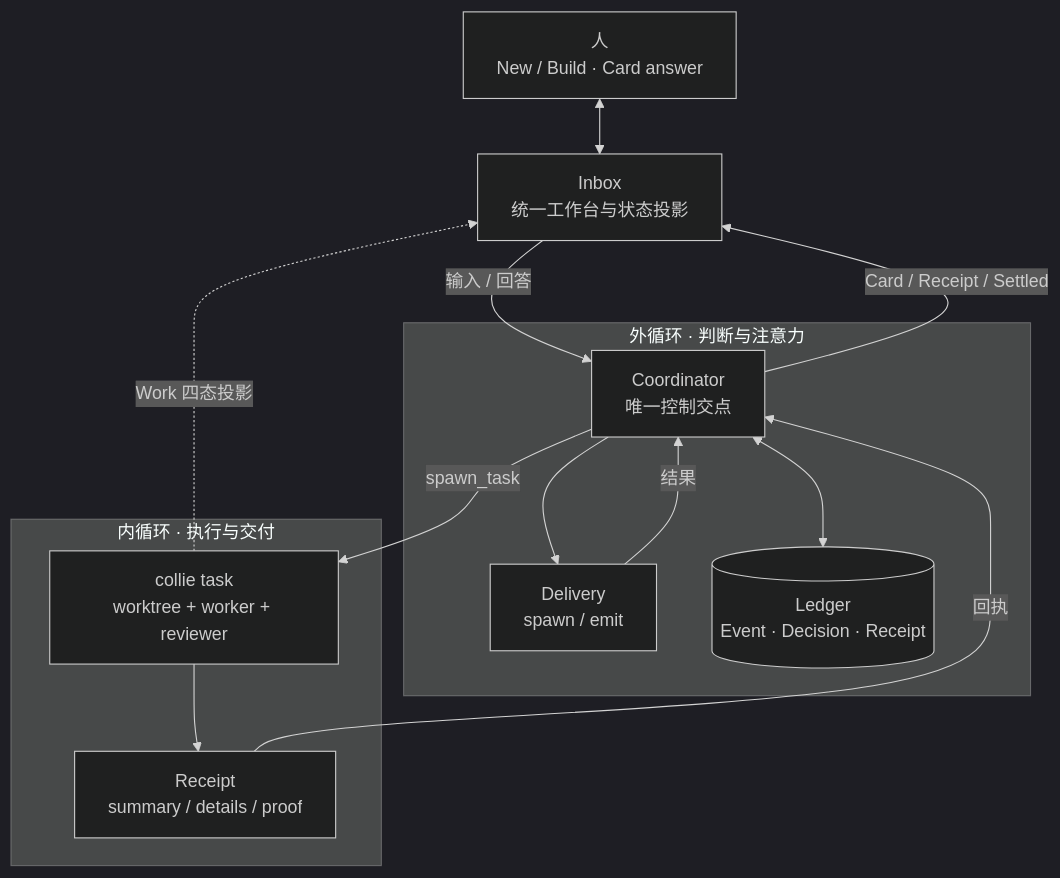
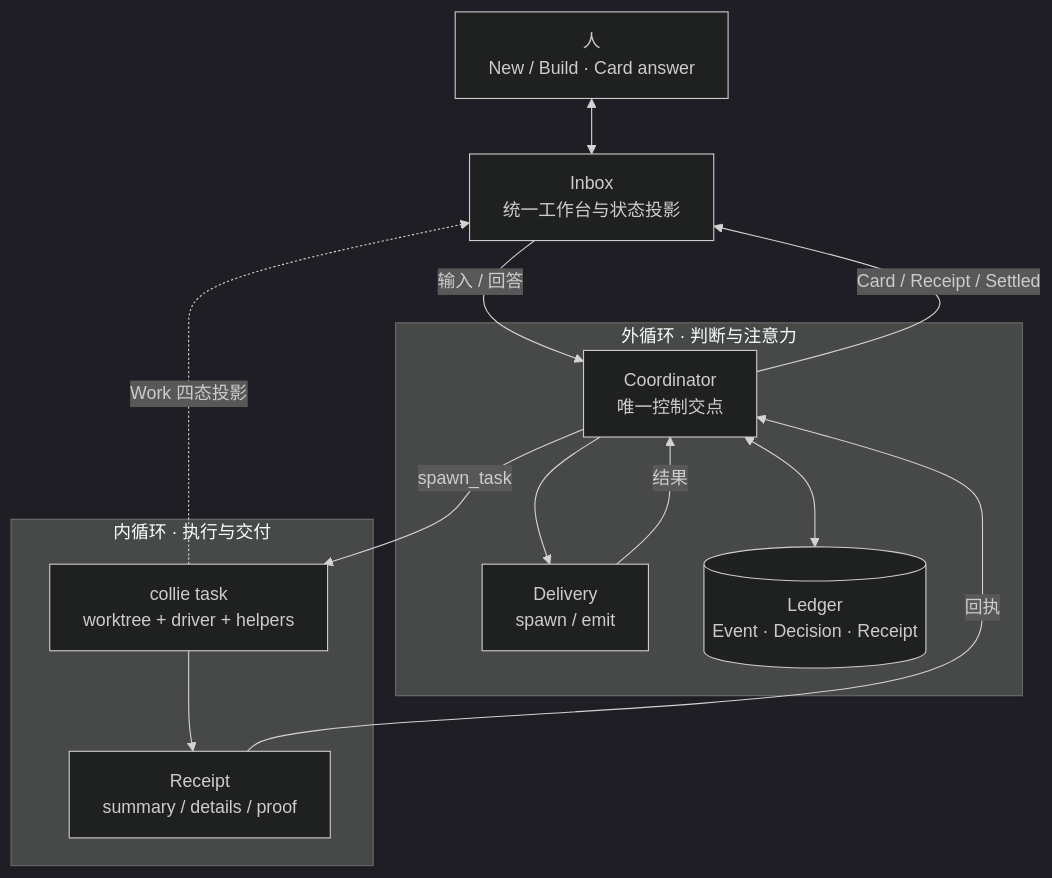
Before and after one commit to iodone/collie: the diagram in README.md, drawn with Mermaid (dark theme). The commit also changed other lines of this file and 30 other files, not shown here.

Commit message:
feat: implement driver-owned task workflows

````diff
--- a/README.md
+++ b/README.md
@@ -59,22 +59,22 @@
 ```mermaid
 flowchart TB
   H["人<br/>New / Build · Card answer"] <--> I["Inbox<br/>统一工作台与状态投影"]
   subgraph OUTER["外循环 · 判断与注意力"]
     CO["Coordinator<br/>唯一控制交点"]
     D["Delivery<br/>spawn / emit"]
     L[("Ledger<br/>Event · Decision · Receipt")]
     CO --> D
     D -->|"结果"| CO
     CO <--> L
   end
   subgraph INNER["内循环 · 执行与交付"]
-    T["collie task<br/>worktree + worker + reviewer"]
+    T["collie task<br/>worktree + driver + helpers"]
     R["Receipt<br/>summary / details / proof"]
     T --> R
   end
   I -->|"输入 / 回答"| CO
   CO -->|"Card / Receipt / Settled"| I
   CO -->|"spawn_task"| T
   R -->|"回执"| CO
   T -. "Work 四态投影" .-> I
 ```
````
